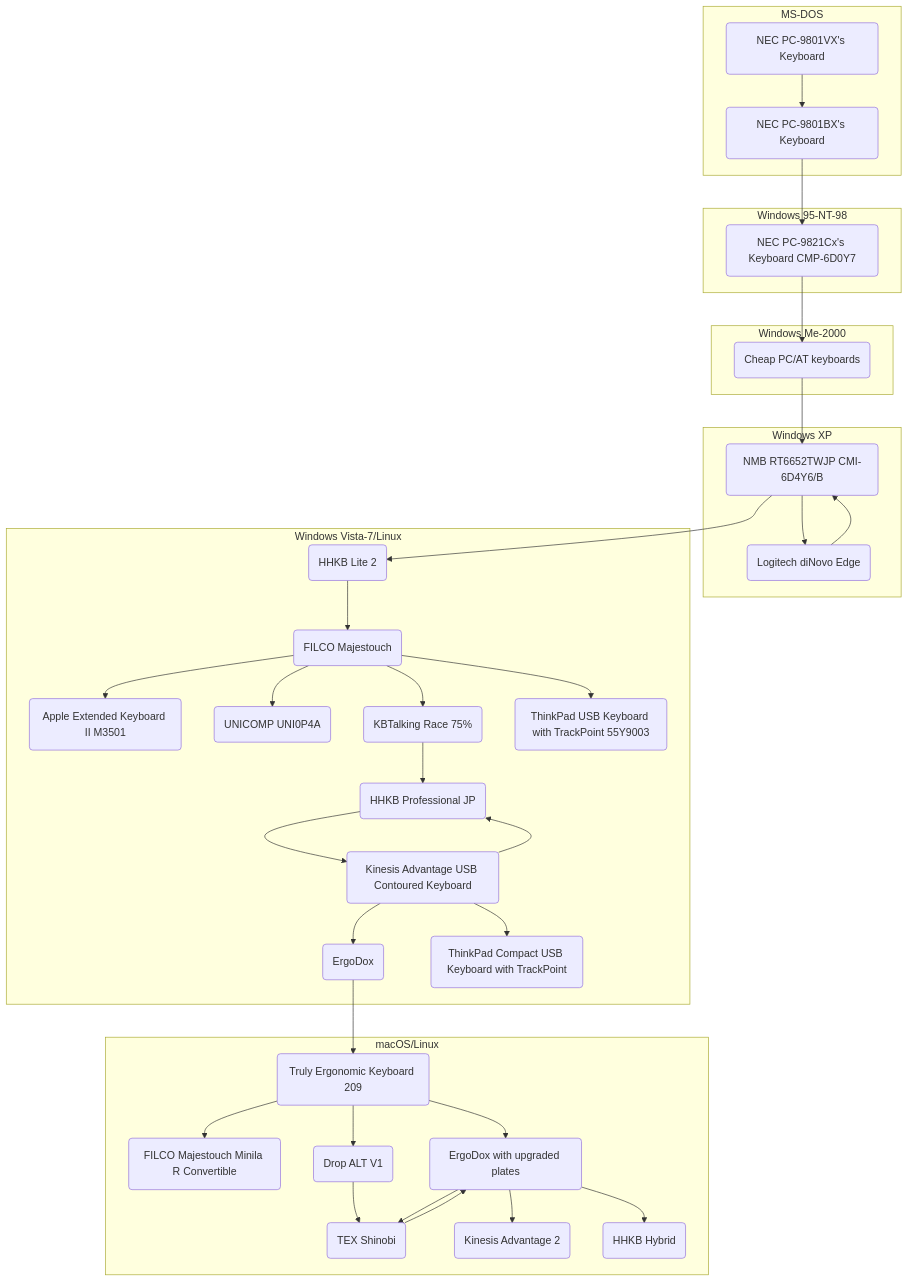
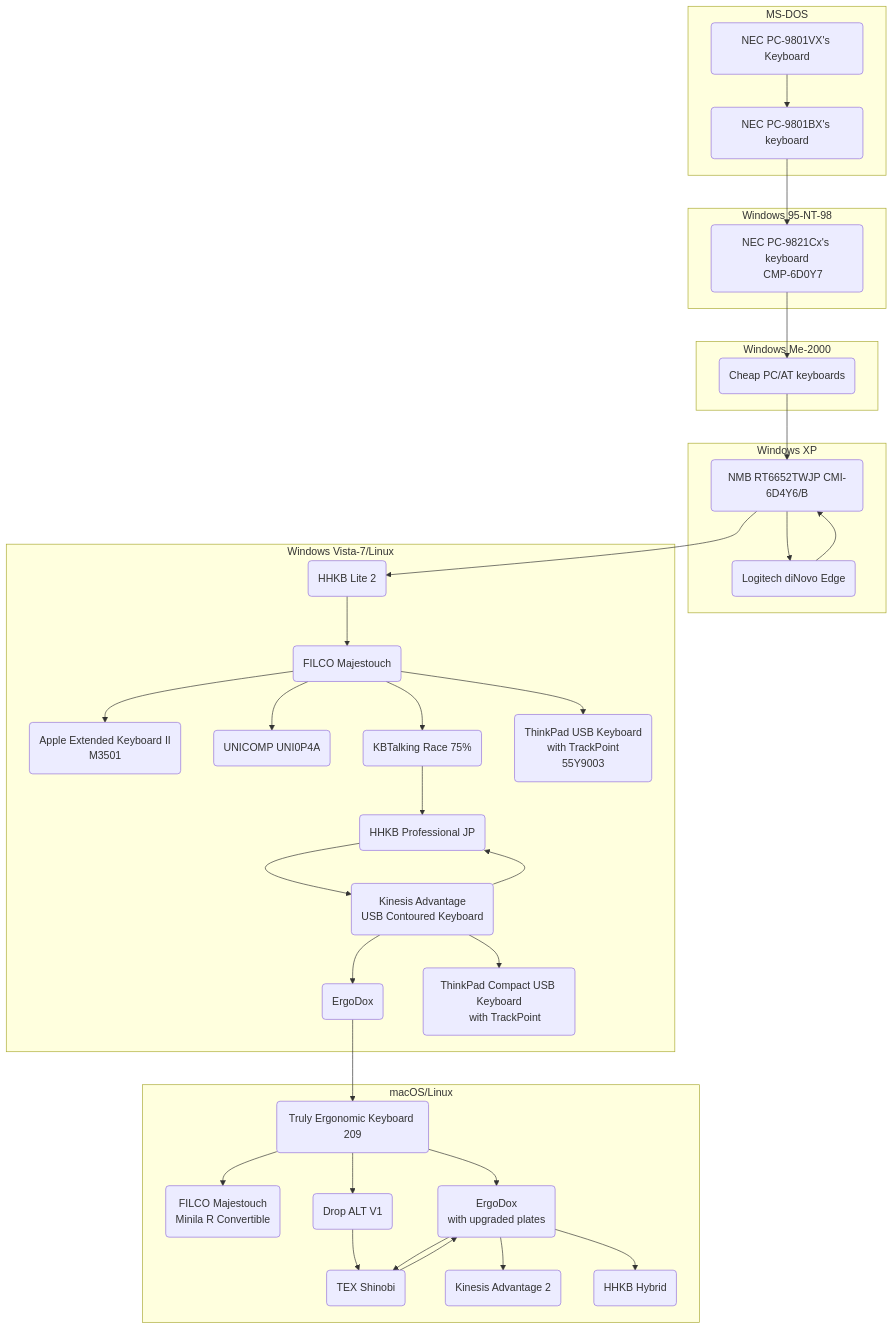
One commit to sumibi-yakitori/sumibi-yakitori changed the diagram in hid.md. Above: the diagram before and after it, drawn with Mermaid. The commit also changed other lines of this file, not shown here.

````diff
--- a/hid.md
+++ b/hid.md
@@ -19,45 +19,53 @@
 ```mermaid
 graph TD;
     subgraph MS-DOS
-    pc9801vx(NEC PC-9801VX's Keyboard)-->pc9801bx(NEC PC-9801BX's Keyboard);
+    pc9801vx(NEC PC-9801VX's Keyboard)-->pc9801bx(NEC PC-9801BX's keyboard);
     end
 
     subgraph Windows 95-NT-98
-    pc9801bx-->pc9821cx13(NEC PC-9821Cx's Keyboard CMP-6D0Y7);
+    pc9801bx-->pc9821cx13("NEC PC-9821Cx's keyboard
+    CMP-6D0Y7");
     end
 
     subgraph Windows Me-2000
     pc9821cx13-->pcat1(Cheap PC/AT keyboards);
     end
 
     subgraph Windows XP
     pcat1-->nmb;
     nmb(NMB RT6652TWJP CMI-6D4Y6/B)-->Logitech(Logitech diNovo Edge)-->nmb;
     end
 
     subgraph Windows Vista-7/Linux
     nmb-->hhkb-lite(HHKB Lite 2);
     hhkb-lite-->filco-m(FILCO Majestouch);
-    filco-m-->ae-kb(Apple Extended Keyboard II M3501);
+    filco-m-->ae-kb("Apple Extended Keyboard II
+    M3501");
     filco-m-->unicomp(UNICOMP UNI0P4A);
     filco-m-->race(KBTalking Race 75%);
-    filco-m-->thinkpad1(ThinkPad USB Keyboard with TrackPoint 55Y9003);
+    filco-m-->thinkpad1("ThinkPad USB Keyboard
+    with TrackPoint
+    55Y9003");
     race-->hhkb-pro-jp(HHKB Professional JP);
-    hhkb-pro-jp-->kinesis-a(Kinesis Advantage USB Contoured Keyboard);
+    hhkb-pro-jp-->kinesis-a("Kinesis Advantage
+    USB Contoured Keyboard");
     kinesis-a-->hhkb-pro-jp;
     kinesis-a-->ergodox1(ErgoDox);
-    kinesis-a-->thinkpad2(ThinkPad Compact USB Keyboard with TrackPoint);
+    kinesis-a-->thinkpad2("ThinkPad Compact USB Keyboard
+    with TrackPoint");
     end
 
     subgraph macOS/Linux
     ergodox1-->teck(Truly Ergonomic Keyboard 209);
-    teck-->filco-minila-r(FILCO Majestouch Minila R Convertible);
-    teck-->ergodox2(ErgoDox with upgraded plates);
+    teck-->filco-minila-r("FILCO Majestouch
+    Minila R Convertible");
+    teck-->ergodox2("ErgoDox
+    with upgraded plates");
     teck-->drop-alt(Drop ALT V1);
     drop-alt-->shinobi;
     ergodox2-->shinobi(TEX Shinobi);
     shinobi-->ergodox2
     ergodox2-->kinesis-a2(Kinesis Advantage 2);
     ergodox2-->hhkb-hybrid(HHKB Hybrid);
     end
 ```
````
